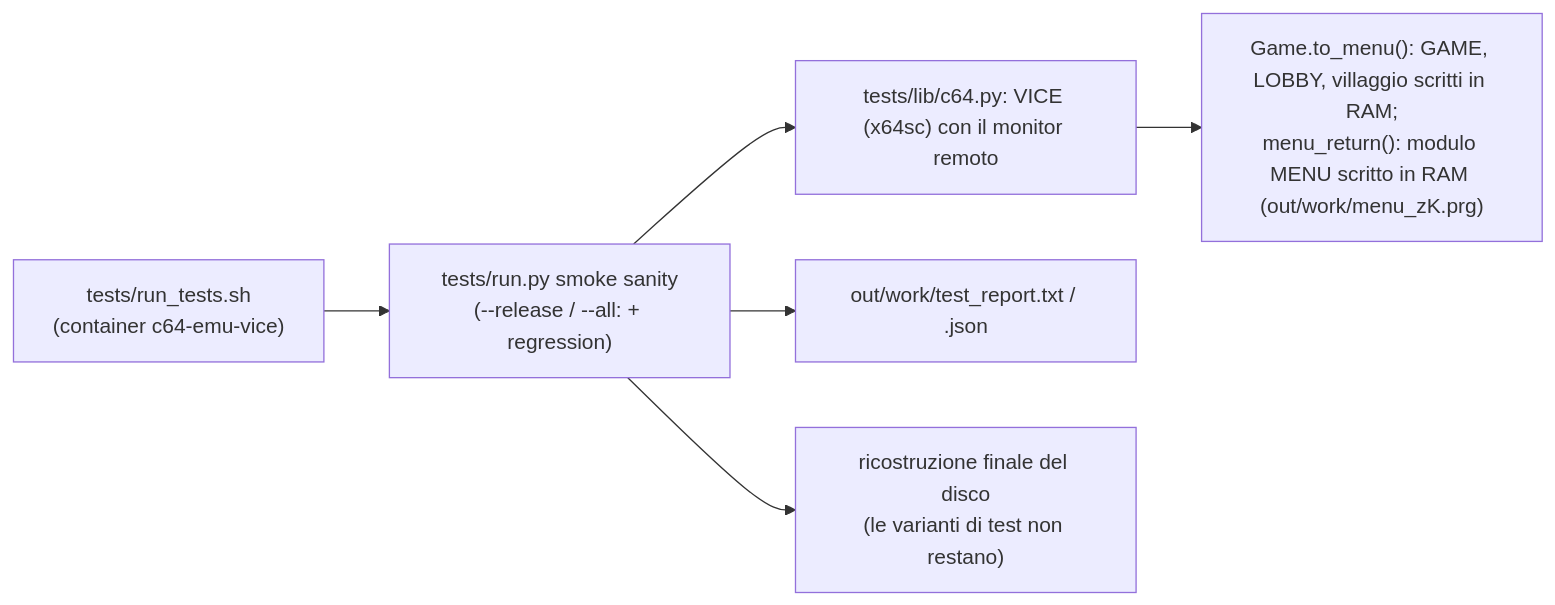
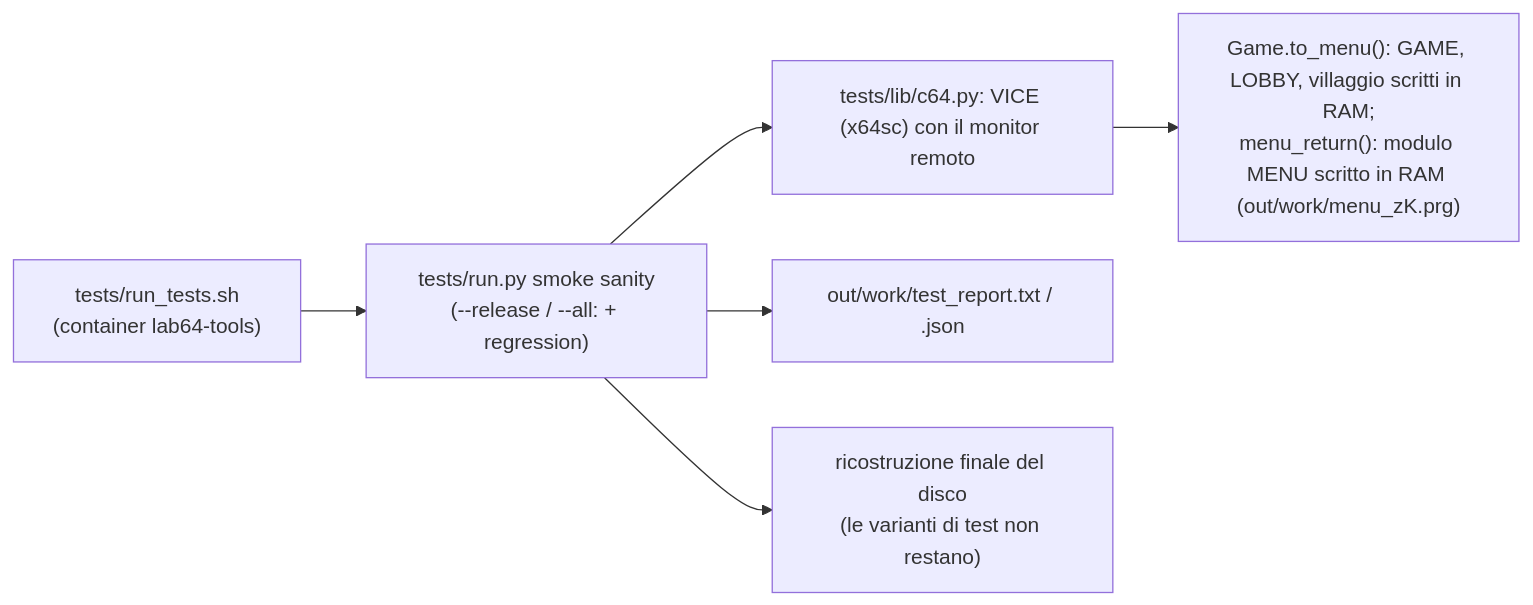
The fourth of 4 diagrams in docs/build.md (caporalesimone/barbarian-the-blood-path), drawn with Mermaid before and after one commit. The commit also changed other lines of this file and 201 other files, not shown here.

````diff
--- a/docs/build.md
+++ b/docs/build.md
@@ -172,8 +172,8 @@
 ```mermaid
 flowchart LR
-    RT["tests/run_tests.sh<br/>(container c64-emu-vice)"] --> RU["tests/run.py smoke sanity<br/>(--release / --all: + regression)"]
+    RT["tests/run_tests.sh<br/>(container lab64-tools)"] --> RU["tests/run.py smoke sanity<br/>(--release / --all: + regression)"]
     RU --> LIB["tests/lib/c64.py: VICE (x64sc) con il monitor remoto"]
     LIB --> FAST["Game.to_menu(): GAME, LOBBY, villaggio scritti in RAM;<br/>menu_return(): modulo MENU scritto in RAM (out/work/menu_zK.prg)"]
     RU --> REP["out/work/test_report.txt / .json"]
     RU --> FIN["ricostruzione finale del disco<br/>(le varianti di test non restano)"]
 ```
````
